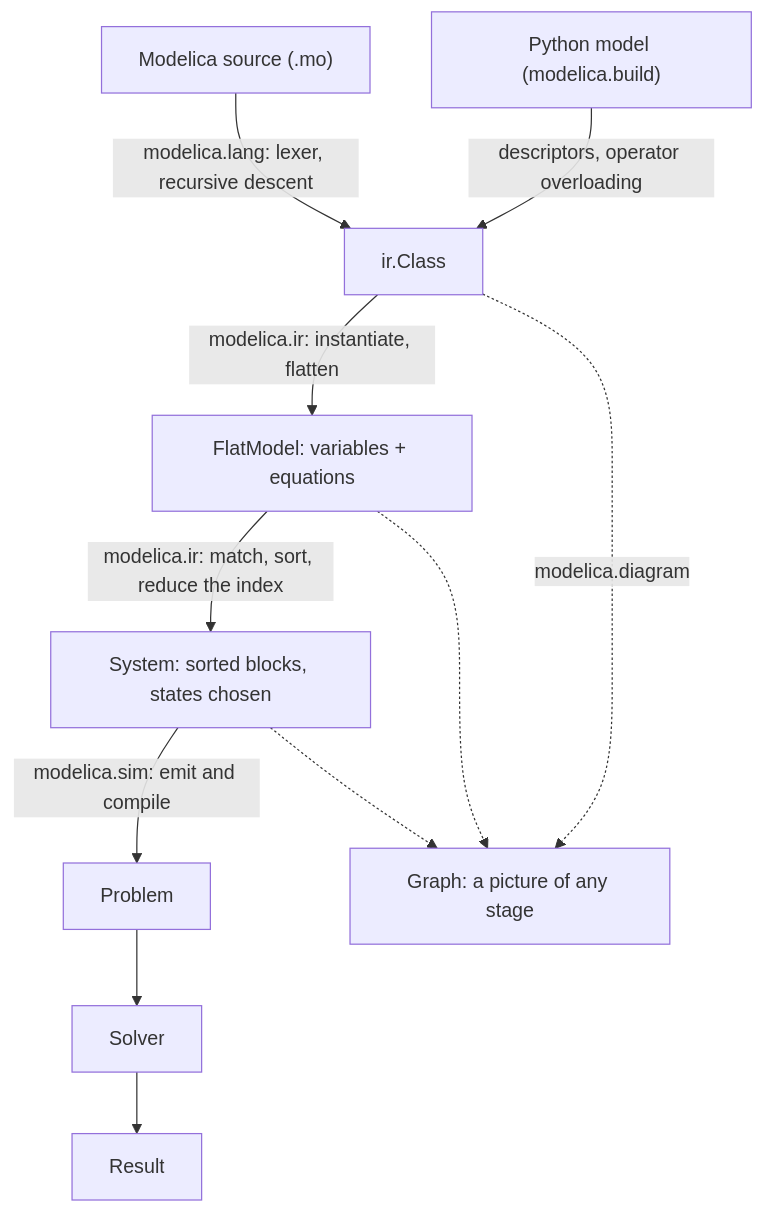
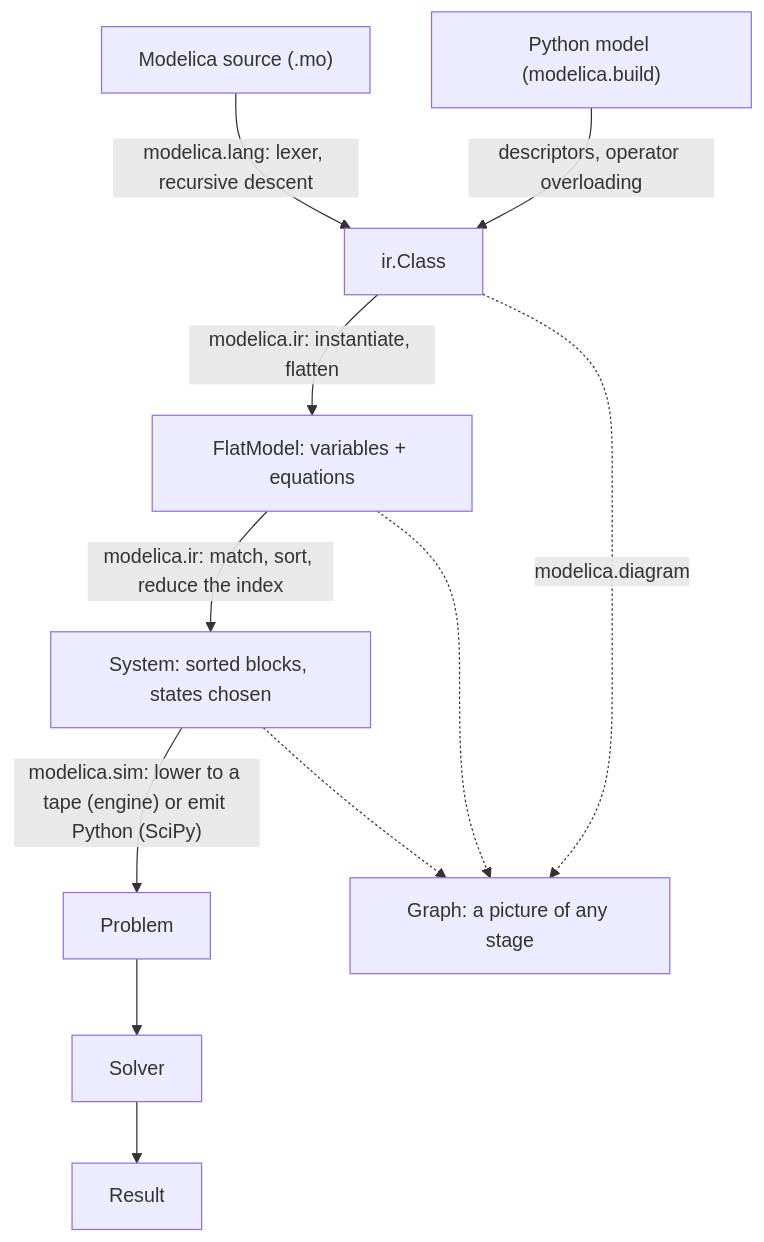
One commit to jorgeecardona/modelica changed the diagram in docs/architecture.md. Above: the diagram before and after it, drawn with Mermaid. The commit also changed other lines of this file and 11 other files, not shown here.

````diff
--- a/docs/architecture.md
+++ b/docs/architecture.md
@@ -15,12 +15,12 @@
 ```mermaid
 graph TD
     MO["Modelica source (.mo)"] -->|"modelica.lang: lexer, recursive descent"| AST["ir.Class"]
     PY["Python model (modelica.build)"] -->|"descriptors, operator overloading"| AST
     AST -->|"modelica.ir: instantiate, flatten"| FLAT["FlatModel: variables + equations"]
     FLAT -->|"modelica.ir: match, sort, reduce the index"| SYS["System: sorted blocks, states chosen"]
-    SYS -->|"modelica.sim: emit and compile"| PROB["Problem"]
+    SYS -->|"modelica.sim: lower to a tape (engine) or emit Python (SciPy)"| PROB["Problem"]
     PROB --> SOLVER["Solver"] --> RESULT["Result"]
     AST -.->|"modelica.diagram"| PIC["Graph: a picture of any stage"]
     FLAT -.-> PIC
     SYS -.-> PIC
 ```
````
